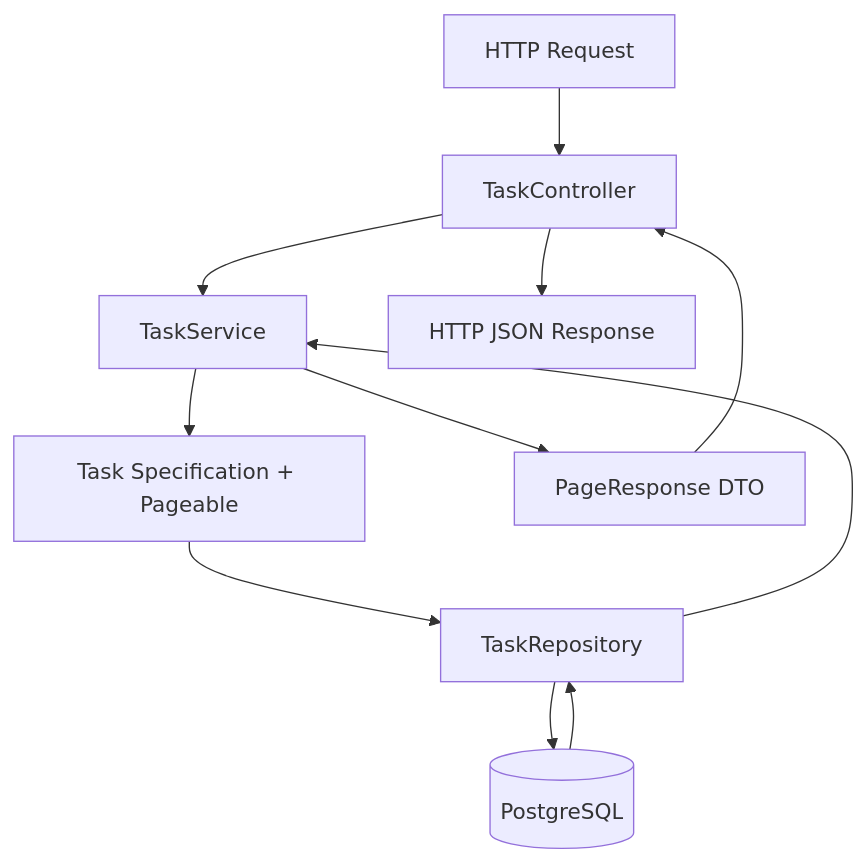
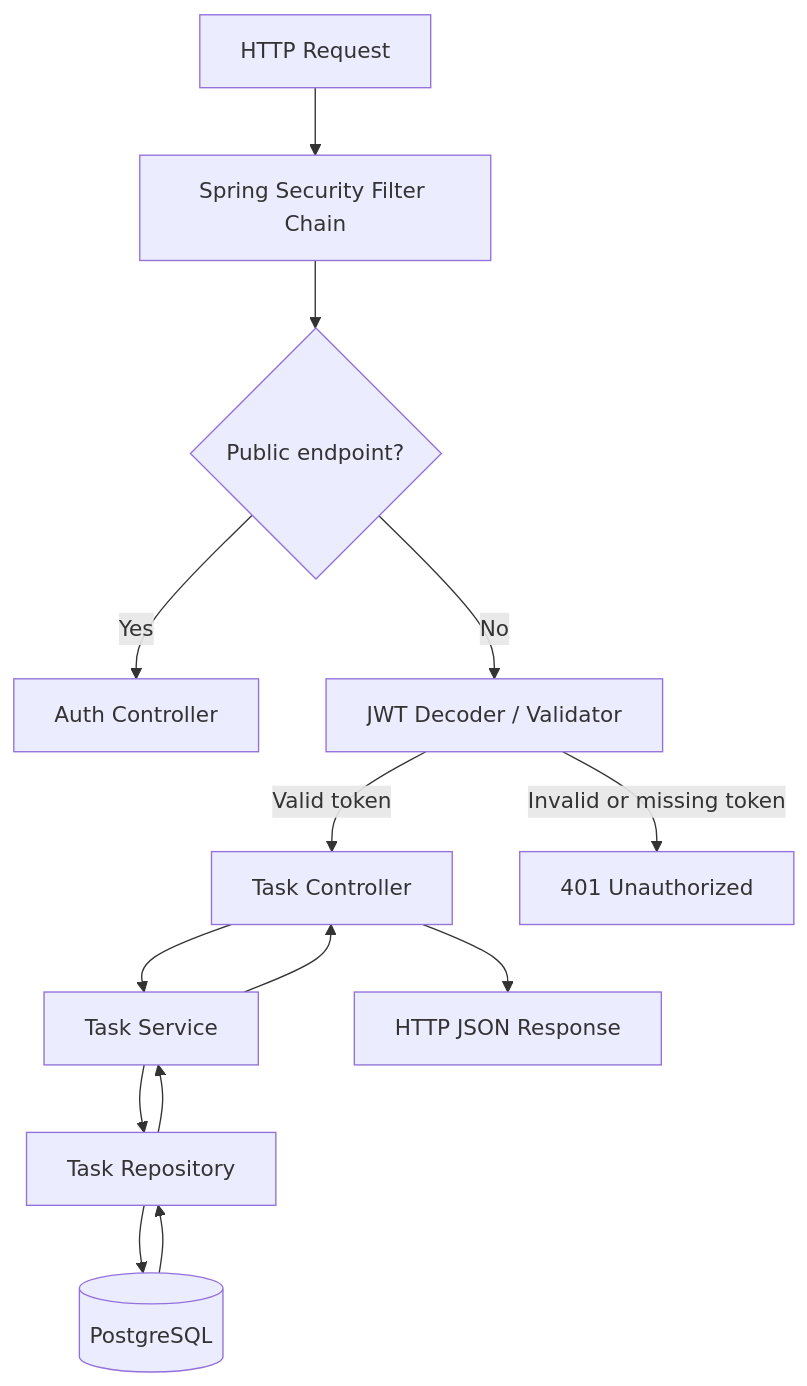
Before and after one commit to sardorofical1234-prog/task-management-api: the diagram in docs/architecture.md, drawn with Mermaid. The commit also changed other lines of this file and 21 other files, not shown here.

Commit message:
feat: add JWT authentication and secure task endpoints

````diff
--- a/docs/architecture.md
+++ b/docs/architecture.md
@@ -5,13 +5,16 @@
-```mermaid
+~~~mermaid
 flowchart TD
-    A["HTTP Request"] --> B["TaskController"]
-    B --> C["TaskService"]
-    C --> D["Task Specification + Pageable"]
-    D --> E["TaskRepository"]
-    E --> F[("PostgreSQL")]
-    F --> E
-    E --> C
-    C --> G["PageResponse DTO"]
-    G --> B
-    B --> H["HTTP JSON Response"]
-```
+    A["HTTP Request"] --> B["Spring Security Filter Chain"]
+    B --> C{"Public endpoint?"}
+    C -->|Yes| D["Auth Controller"]
+    C -->|No| E["JWT Decoder / Validator"]
+    E -->|Valid token| F["Task Controller"]
+    E -->|Invalid or missing token| G["401 Unauthorized"]
+    F --> H["Task Service"]
+    H --> I["Task Repository"]
+    I --> J[("PostgreSQL")]
+    J --> I
+    I --> H
+    H --> F
+    F --> K["HTTP JSON Response"]
+~~~
````
